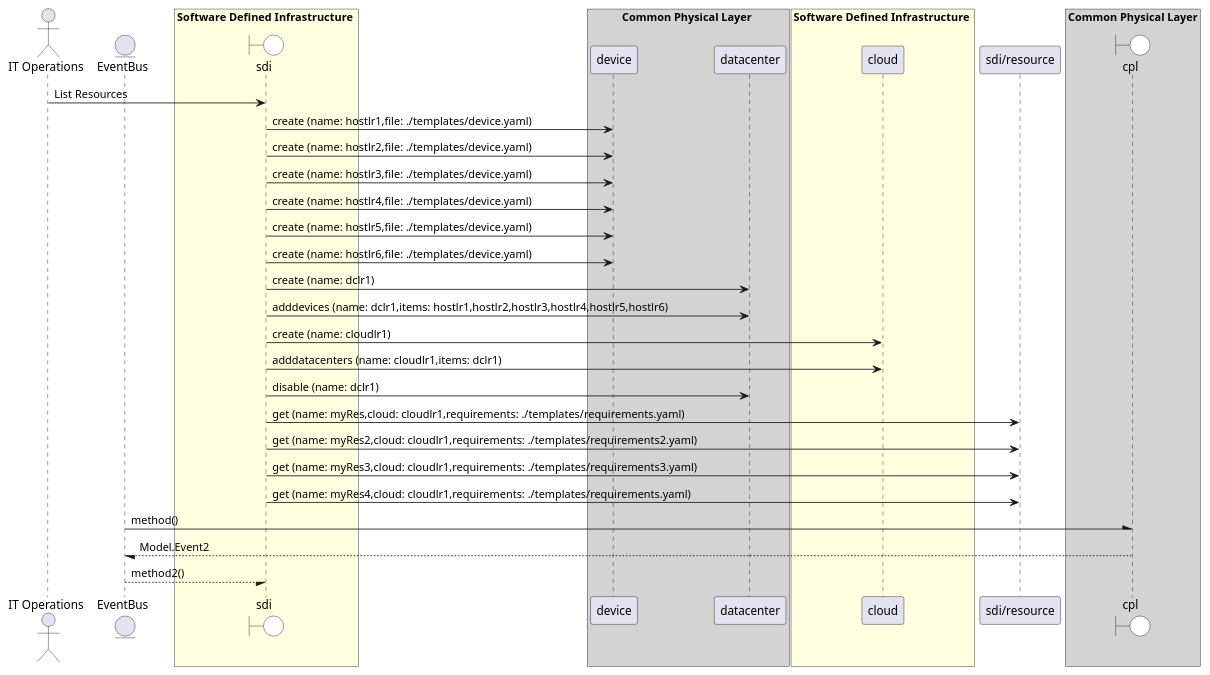
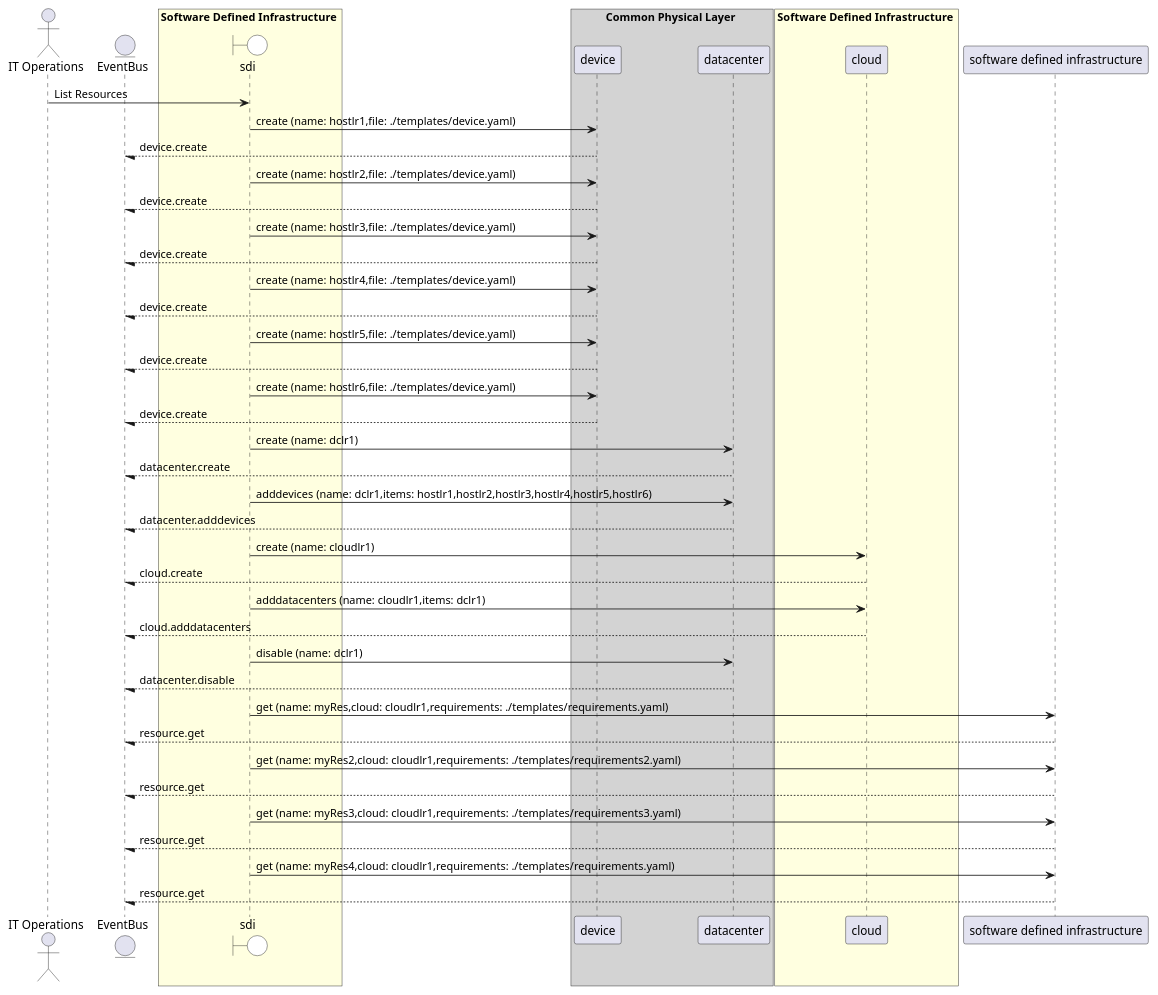
One commit to madajaju/edgemere changed the diagram in docs/edgemere/sdi/usecases/manageresources/listresources.puml. Above: the diagram before and after it, drawn with PlantUML. The commit also changed 1701 other files, not shown here.

```diff
--- a/docs/edgemere/sdi/usecases/manageresources/listresources.puml
+++ b/docs/edgemere/sdi/usecases/manageresources/listresources.puml
@@ -1,79 +1,87 @@
 @startuml
 
 actor "IT Operations"
 
 
 entity EventBus
 
 box Software Defined Infrastructure #lightyellow
     boundary sdi #white
 end box
 
 
 box Common Physical Layer #lightgray
             participant device
             participant datacenter
     end box
 
 box Software Defined Infrastructure #lightyellow
             participant cloud
     end box
 
 
 "IT Operations" -> sdi: List Resources
 
     sdi -> "device": create (name: hostlr1,file: ./templates/device.yaml)
 
+    "device" --/ EventBus: device.create
 
     sdi -> "device": create (name: hostlr2,file: ./templates/device.yaml)
 
+    "device" --/ EventBus: device.create
 
     sdi -> "device": create (name: hostlr3,file: ./templates/device.yaml)
 
+    "device" --/ EventBus: device.create
 
     sdi -> "device": create (name: hostlr4,file: ./templates/device.yaml)
 
+    "device" --/ EventBus: device.create
 
     sdi -> "device": create (name: hostlr5,file: ./templates/device.yaml)
 
+    "device" --/ EventBus: device.create
 
     sdi -> "device": create (name: hostlr6,file: ./templates/device.yaml)
 
+    "device" --/ EventBus: device.create
 
     sdi -> "datacenter": create (name: dclr1)
 
+    "datacenter" --/ EventBus: datacenter.create
 
     sdi -> "datacenter": adddevices (name: dclr1,items: hostlr1,hostlr2,hostlr3,hostlr4,hostlr5,hostlr6)
 
+    "datacenter" --/ EventBus: datacenter.adddevices
 
     sdi -> "cloud": create (name: cloudlr1)
 
+    "cloud" --/ EventBus: cloud.create
 
     sdi -> "cloud": adddatacenters (name: cloudlr1,items: dclr1)
 
+    "cloud" --/ EventBus: cloud.adddatacenters
 
     sdi -> "datacenter": disable (name: dclr1)
 
+    "datacenter" --/ EventBus: datacenter.disable
 
-    sdi -> "sdi/resource": get (name: myRes,cloud: cloudlr1,requirements: ./templates/requirements.yaml)
+    sdi -> "software defined infrastructure": get (name: myRes,cloud: cloudlr1,requirements: ./templates/requirements.yaml)
 
+    "software defined infrastructure" --/ EventBus: resource.get
 
-    sdi -> "sdi/resource": get (name: myRes2,cloud: cloudlr1,requirements: ./templates/requirements2.yaml)
+    sdi -> "software defined infrastructure": get (name: myRes2,cloud: cloudlr1,requirements: ./templates/requirements2.yaml)
 
+    "software defined infrastructure" --/ EventBus: resource.get
 
-    sdi -> "sdi/resource": get (name: myRes3,cloud: cloudlr1,requirements: ./templates/requirements3.yaml)
+    sdi -> "software defined infrastructure": get (name: myRes3,cloud: cloudlr1,requirements: ./templates/requirements3.yaml)
 
+    "software defined infrastructure" --/ EventBus: resource.get
 
-    sdi -> "sdi/resource": get (name: myRes4,cloud: cloudlr1,requirements: ./templates/requirements.yaml)
+    sdi -> "software defined infrastructure": get (name: myRes4,cloud: cloudlr1,requirements: ./templates/requirements.yaml)
+
+    "software defined infrastructure" --/ EventBus: resource.get
 
 
 
-
-box "Common Physical Layer" #lightgray
-    boundary cpl #white
-end box
-EventBus -\ cpl: method()
-cpl --/ EventBus: Model.Event2
-
-EventBus --/ sdi : method2()
 @enduml
```
